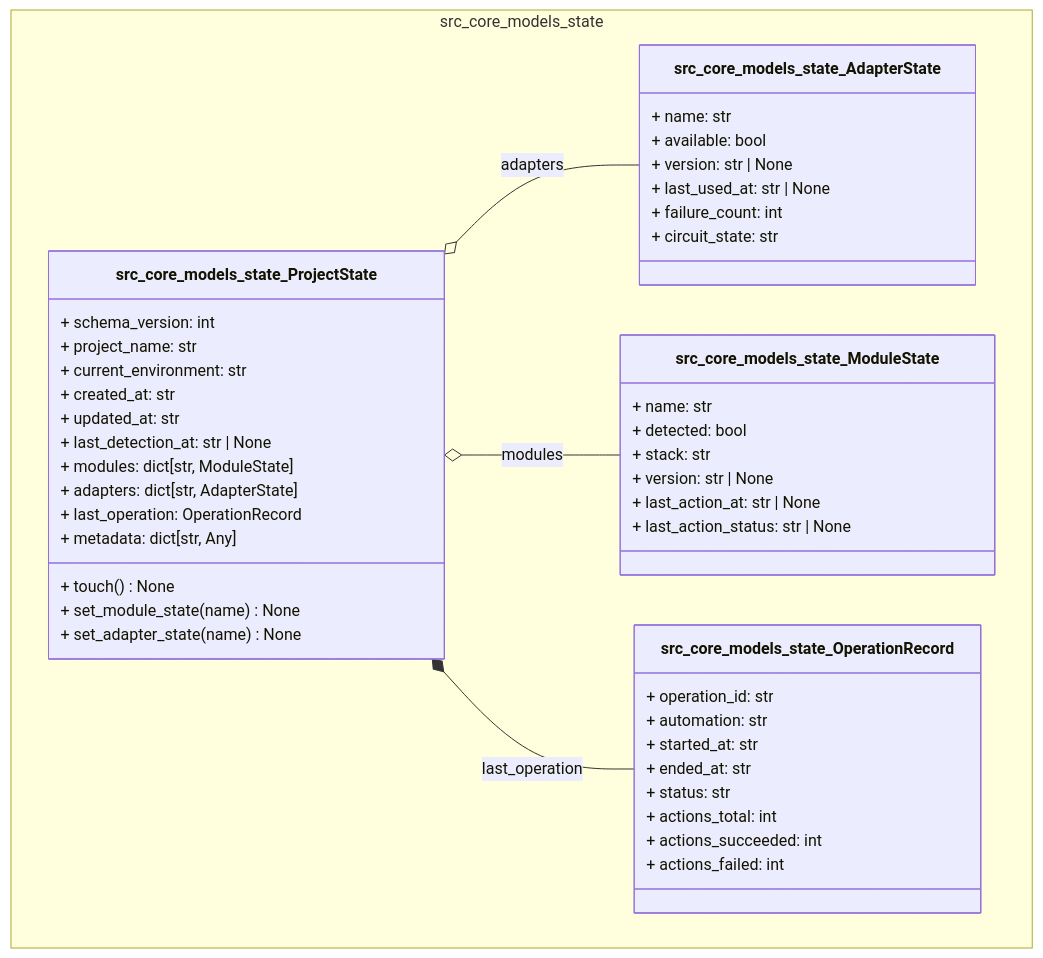
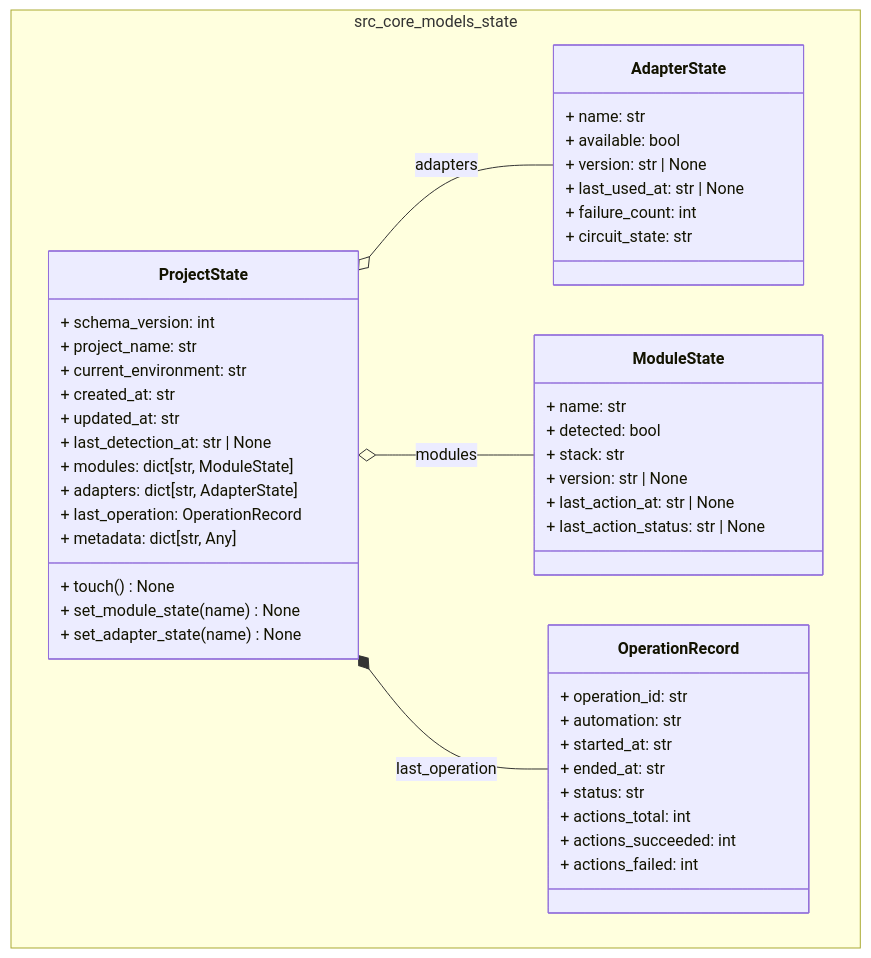
Diagram 14 of 35 in docs/diagrams/class_architecture.md (cyberpunk042/devops-control-plane), drawn with Mermaid before and after one commit. The commit also changed other lines of this file and 3 other files, not shown here.

````diff
--- a/docs/diagrams/class_architecture.md
+++ b/docs/diagrams/class_architecture.md
@@ -668,52 +668,52 @@
 ```mermaid
 classDiagram
     direction TD
 
     namespace src_core_models_state {
-        class src_core_models_state_AdapterState {
+        class AdapterState {
             + name: str
             + available: bool
             + version: str | None
             + last_used_at: str | None
             + failure_count: int
             + circuit_state: str
         }
-        class src_core_models_state_ModuleState {
+        class ModuleState {
             + name: str
             + detected: bool
             + stack: str
             + version: str | None
             + last_action_at: str | None
             + last_action_status: str | None
         }
-        class src_core_models_state_OperationRecord {
+        class OperationRecord {
             + operation_id: str
             + automation: str
             + started_at: str
             + ended_at: str
             + status: str
             + actions_total: int
             + actions_succeeded: int
             + actions_failed: int
         }
-        class src_core_models_state_ProjectState {
+        class ProjectState {
             + schema_version: int
             + project_name: str
             + current_environment: str
             + created_at: str
             + updated_at: str
             + last_detection_at: str | None
             + modules: dict[str, ModuleState]
             + adapters: dict[str, AdapterState]
             + last_operation: OperationRecord
             + metadata: dict[str, Any]
             + touch() None
             + set_module_state(name) None
             + set_adapter_state(name) None
         }
     }
 
-    src_core_models_state_ProjectState o-- src_core_models_state_ModuleState : modules
-    src_core_models_state_ProjectState o-- src_core_models_state_AdapterState : adapters
-    src_core_models_state_ProjectState *-- src_core_models_state_OperationRecord : last_operation
+    ProjectState o-- ModuleState : modules
+    ProjectState o-- AdapterState : adapters
+    ProjectState *-- OperationRecord : last_operation
 ```
````
